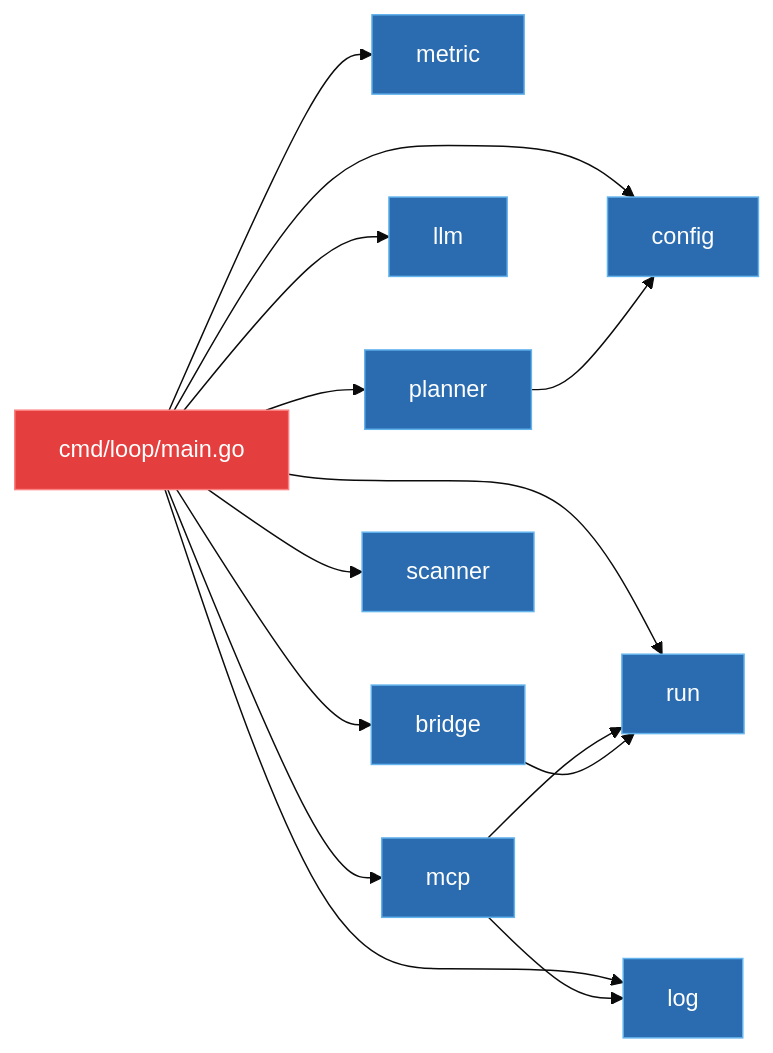
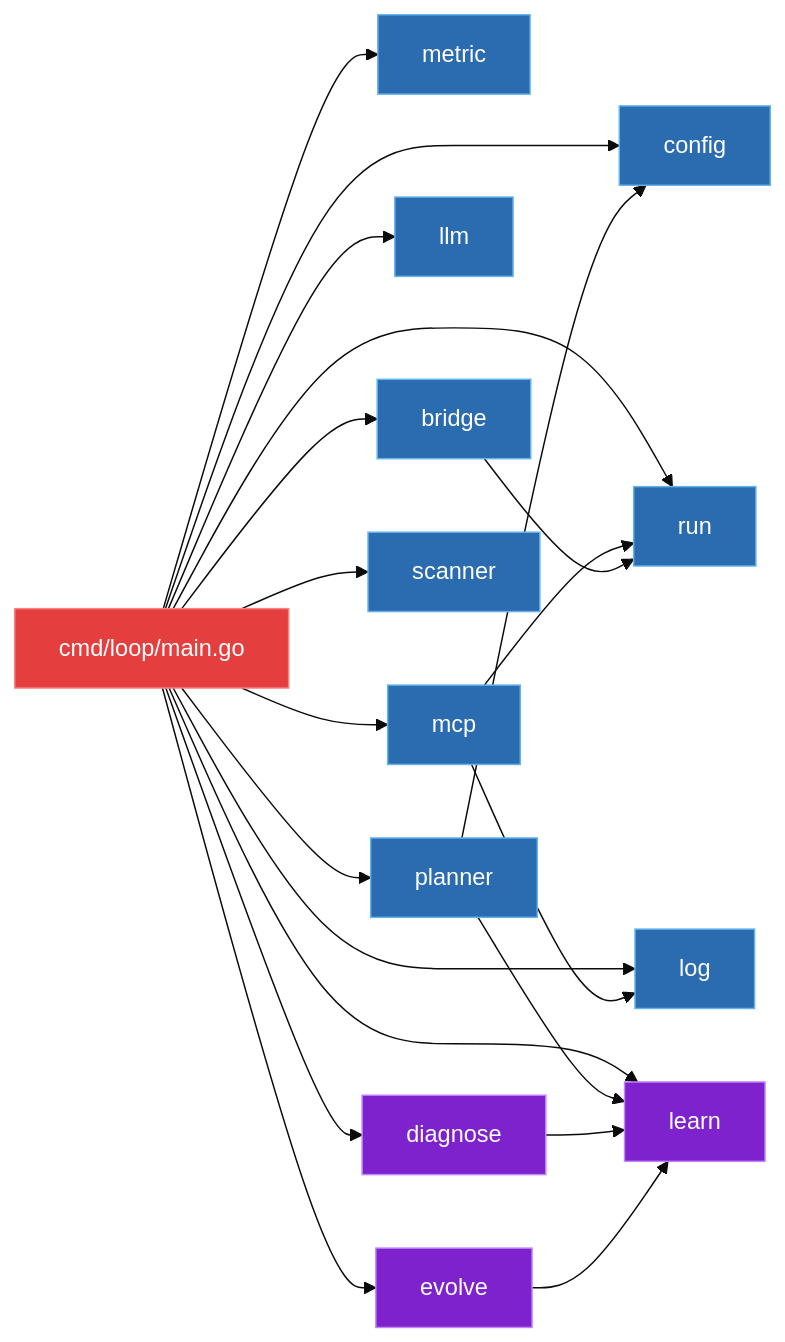
Before and after one commit to gutchapa/loop_engg: the fourth of 4 diagrams in README.md, drawn with Mermaid (base theme). The commit also changed other lines of this file and 1 other file, not shown here.

First line of the commit message:
docs: update README arch diagrams + add CHANGELOG

````diff
--- a/README.md
+++ b/README.md
@@ -135,28 +239,37 @@
 ```mermaid
 flowchart LR
     MAIN[cmd/loop/main.go] --> CFG2[config]
     MAIN --> RUN2[run]
     MAIN --> MET2[metric]
     MAIN --> LOG2[log]
     MAIN --> MCP3[mcp]
     MAIN --> LLM2[llm]
     MAIN --> PLN2[planner]
     MAIN --> BRG2[bridge]
     MAIN --> SCN2[scanner]
+    MAIN --> LEARN2[learn]
+    MAIN --> DIAG2[diagnose]
+    MAIN --> EVO2[evolve]
 
     PLN2 --> CFG2
+    PLN2 --> LEARN2
     MCP3 --> RUN2
     MCP3 --> LOG2
     BRG2 --> RUN2
+    DIAG2 --> LEARN2
+    EVO2 --> LEARN2
 
     style MAIN fill:#e53e3e,stroke:#fc8181,color:#fff
     style CFG2 fill:#2b6cb0,stroke:#63b3ed,color:#fff
     style RUN2 fill:#2b6cb0,stroke:#63b3ed,color:#fff
     style MET2 fill:#2b6cb0,stroke:#63b3ed,color:#fff
     style LOG2 fill:#2b6cb0,stroke:#63b3ed,color:#fff
     style MCP3 fill:#2b6cb0,stroke:#63b3ed,color:#fff
     style LLM2 fill:#2b6cb0,stroke:#63b3ed,color:#fff
     style PLN2 fill:#2b6cb0,stroke:#63b3ed,color:#fff
     style BRG2 fill:#2b6cb0,stroke:#63b3ed,color:#fff
     style SCN2 fill:#2b6cb0,stroke:#63b3ed,color:#fff
+    style LEARN2 fill:#7e22ce,stroke:#c084fc,color:#fff
+    style DIAG2 fill:#7e22ce,stroke:#c084fc,color:#fff
+    style EVO2 fill:#7e22ce,stroke:#c084fc,color:#fff
 ```
````
